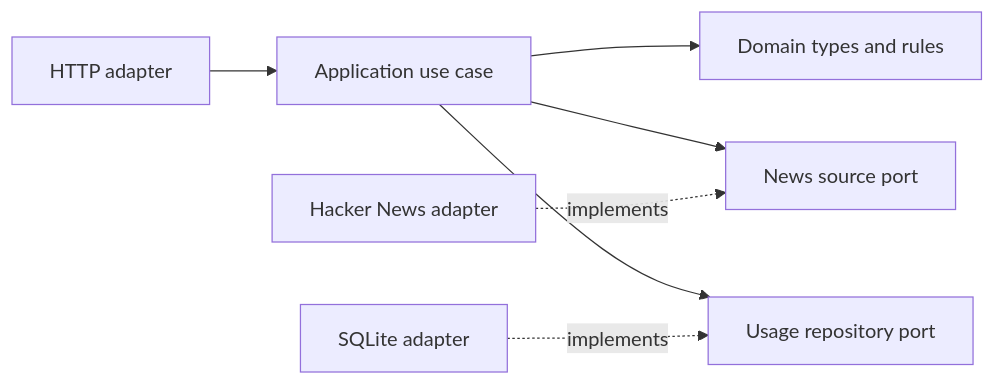
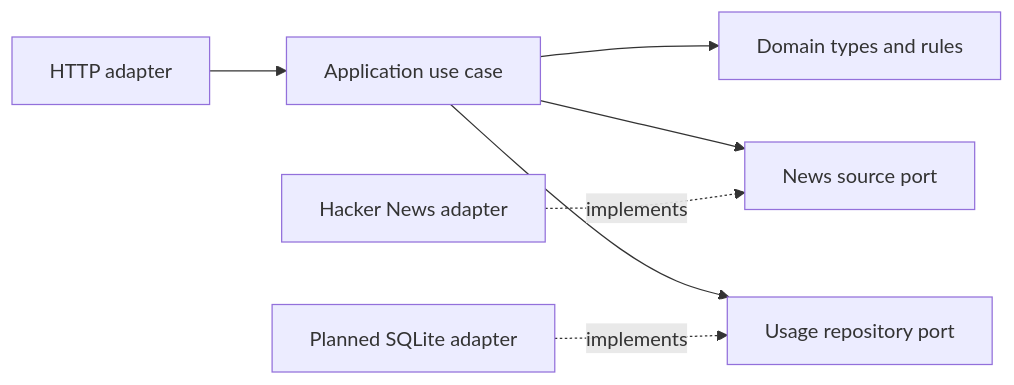
Before and after one commit to raphael899/hacker-news-crawler: the diagram in docs/architecture.md, drawn with Mermaid. The commit also changed other lines of this file and 10 other files, not shown here.

````diff
--- a/docs/architecture.md
+++ b/docs/architecture.md
@@ -7,9 +7,9 @@
 ```mermaid
 flowchart LR
   HTTP[HTTP adapter] --> UseCase[Application use case]
   UseCase --> Domain[Domain types and rules]
   UseCase --> SourcePort[News source port]
   HN[Hacker News adapter] -. implements .-> SourcePort
   UseCase --> UsagePort[Usage repository port]
-  SQLite[SQLite adapter] -. implements .-> UsagePort
+  SQLite[Planned SQLite adapter] -. implements .-> UsagePort
 ```
````
